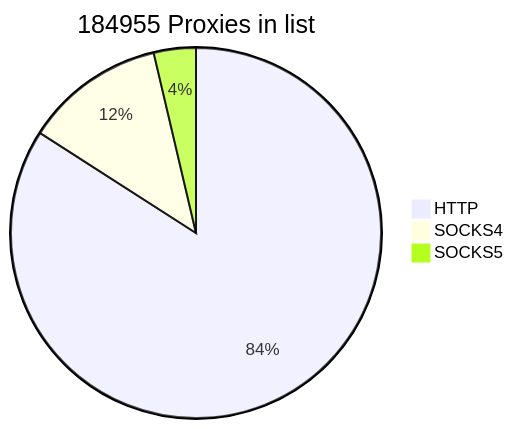
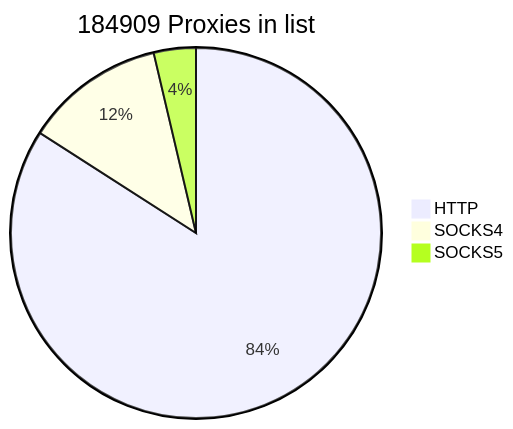
One commit to cutipu/proxylist changed the first of 2 diagrams in README.md. Above: the diagram before and after it, drawn with Mermaid. The commit also changed other lines of this file, not shown here.

````diff
--- a/README.md
+++ b/README.md
@@ -2,7 +2,7 @@
 ```mermaid
-pie title 184955 Proxies in list
-    "HTTP" : 155498
-    "SOCKS4" : 22664
-    "SOCKS5" : 6793
+pie title 184909 Proxies in list
+    "HTTP" : 155454
+    "SOCKS4" : 22663
+    "SOCKS5" : 6792
             
 ```
````
